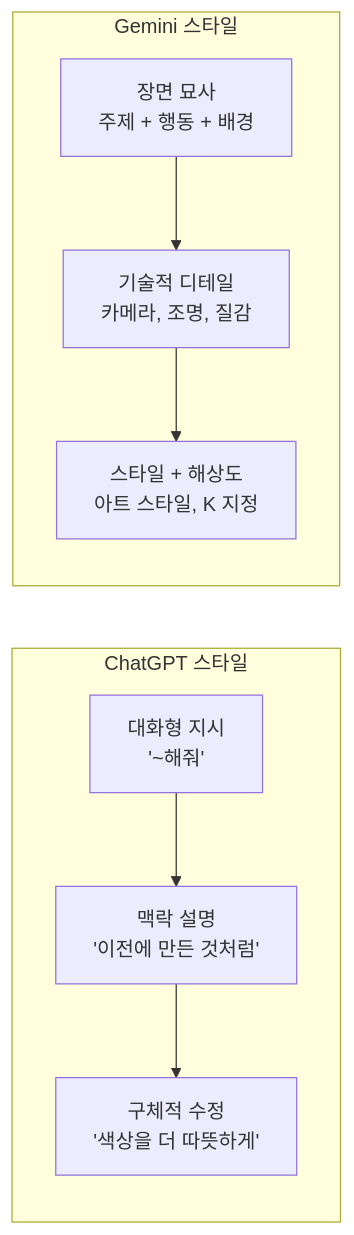
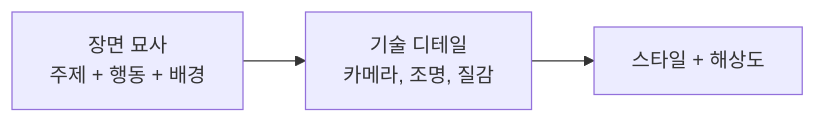
The first of 3 diagrams in 04-ch4-gemini-이미지-생성-실전/02-02-고품질-이미지-생성과-스타일-전환.md (jsonpassion/forge-tutorial-promptcanvas), drawn with Mermaid before and after one commit. The commit also changed other lines of this file and 63 other files, not shown here.

````diff
--- a/04-ch4-gemini-이미지-생성-실전/02-02-고품질-이미지-생성과-스타일-전환.md
+++ b/04-ch4-gemini-이미지-생성-실전/02-02-고품질-이미지-생성과-스타일-전환.md
@@ -75,9 +38,4 @@
 ```mermaid
 flowchart LR
-    subgraph ChatGPT["ChatGPT 스타일"]
-        A1["대화형 지시<br/>'~해줘'"] --> A2["맥락 설명<br/>'이전에 만든 것처럼'"] --> A3["구체적 수정<br/>'색상을 더 따뜻하게'"]
-    end
-    subgraph Gemini["Gemini 스타일"]
-        B1["장면 묘사<br/>주제 + 행동 + 배경"] --> B2["기술적 디테일<br/>카메라, 조명, 질감"] --> B3["스타일 + 해상도<br/>아트 스타일, K 지정"]
-    end
+    A["장면 묘사<br/>주제 + 행동 + 배경"] --> B["기술 디테일<br/>카메라, 조명, 질감"] --> C["스타일 + 해상도"]
 ```
````
